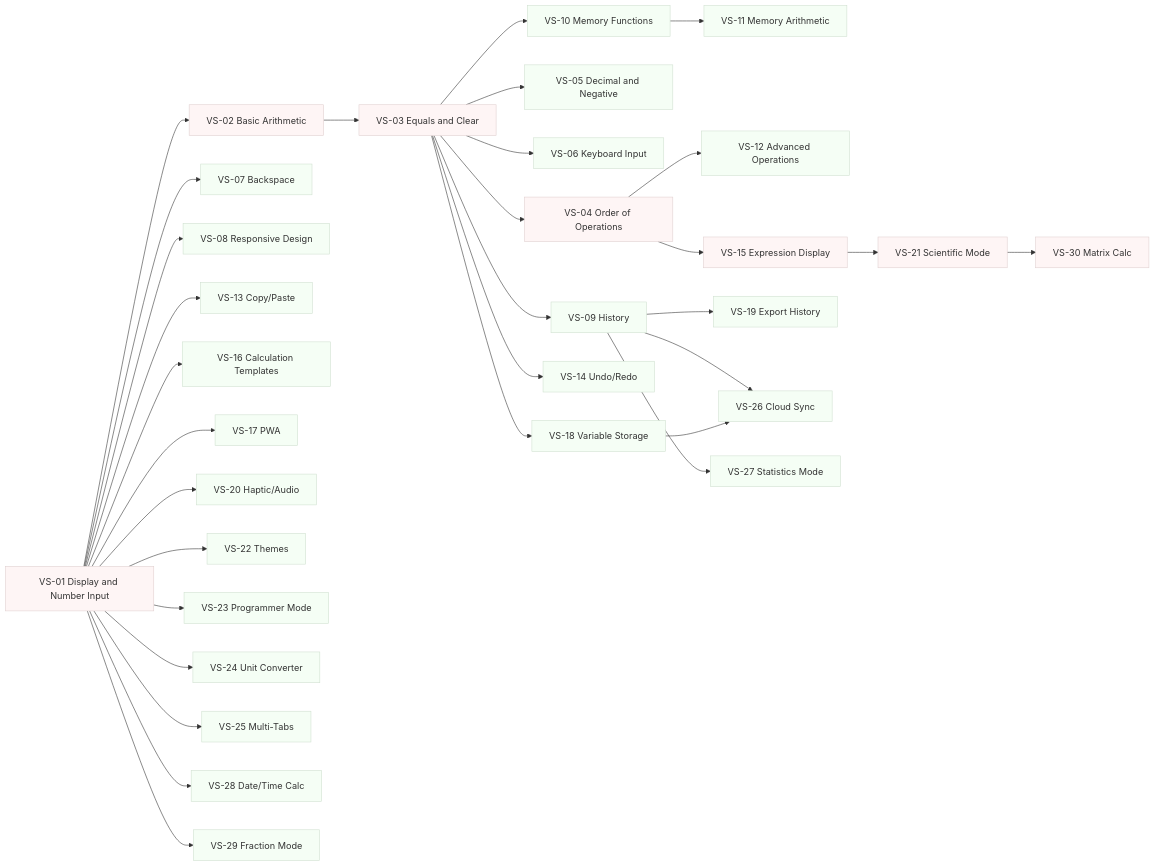
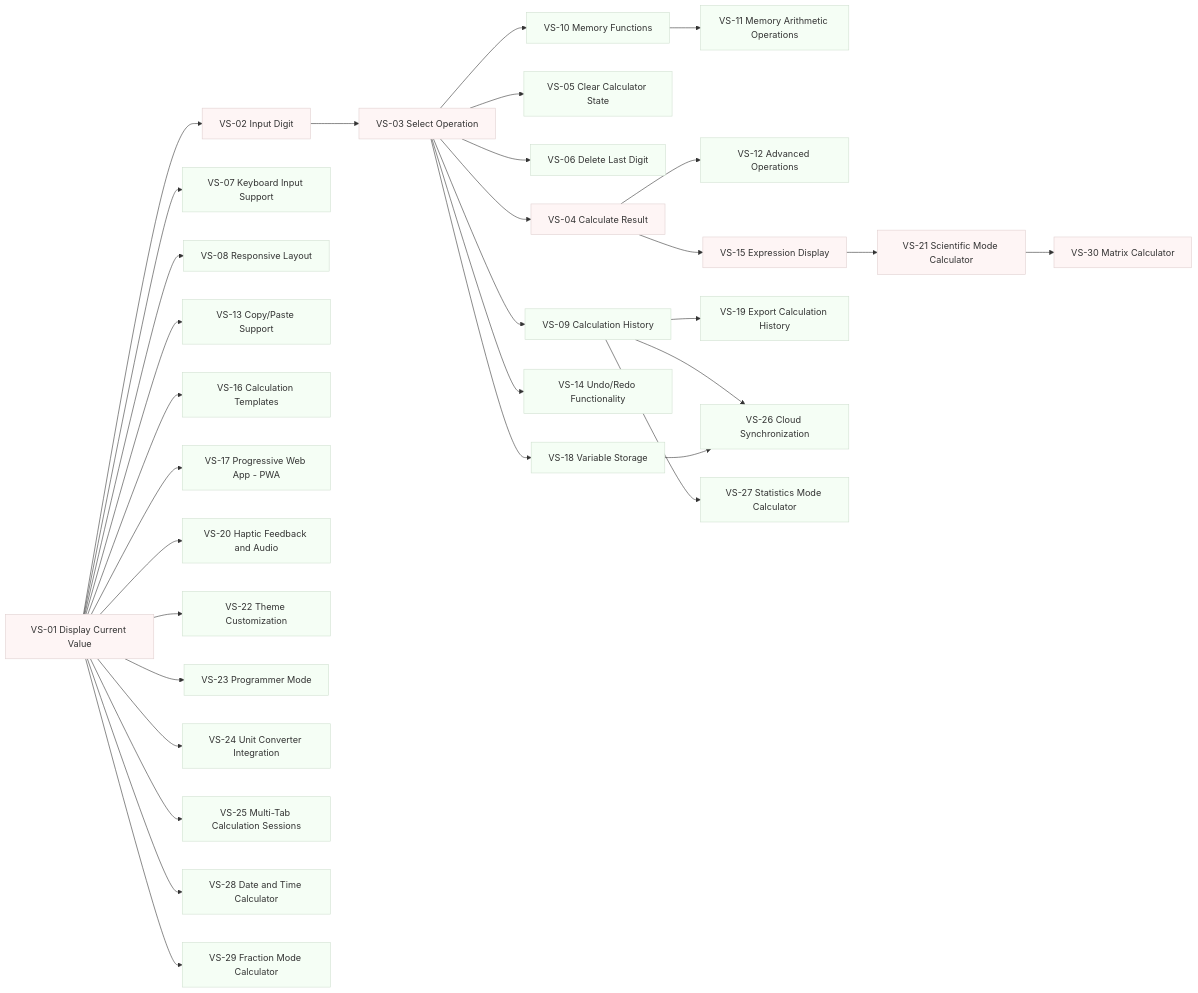
One commit to johnmillerATcodemag-com/AIASD-20260209 changed the second of 2 diagrams in requirements/web-calculator-vertical-slice-plan-enhanced.md. Above: the diagram before and after it, drawn with Mermaid. The commit also changed 3 other files, not shown here.

Commit message:
feat: Add diagrams and enhance documentation for vertical slice implementation

````diff
--- a/requirements/web-calculator-vertical-slice-plan-enhanced.md
+++ b/requirements/web-calculator-vertical-slice-plan-enhanced.md
@@ -1213,35 +1213,35 @@
 ```mermaid
-flowchart LR
-    VS01[VS-01 Display and Number Input]
-    VS02[VS-02 Basic Arithmetic]
-    VS03[VS-03 Equals and Clear]
-    VS04[VS-04 Order of Operations]
-    VS05[VS-05 Decimal and Negative]
-    VS06[VS-06 Keyboard Input]
-    VS07[VS-07 Backspace]
-    VS08[VS-08 Responsive Design]
-    VS09[VS-09 History]
+graph LR
+    VS01[VS-01 Display Current Value]
+    VS02[VS-02 Input Digit]
+    VS03[VS-03 Select Operation]
+    VS04[VS-04 Calculate Result]
+    VS05[VS-05 Clear Calculator State]
+    VS06[VS-06 Delete Last Digit]
+    VS07[VS-07 Keyboard Input Support]
+    VS08[VS-08 Responsive Layout]
+    VS09[VS-09 Calculation History]
     VS10[VS-10 Memory Functions]
-    VS11[VS-11 Memory Arithmetic]
+    VS11[VS-11 Memory Arithmetic Operations]
     VS12[VS-12 Advanced Operations]
-    VS13[VS-13 Copy/Paste]
-    VS14[VS-14 Undo/Redo]
+    VS13[VS-13 Copy/Paste Support]
+    VS14[VS-14 Undo/Redo Functionality]
     VS15[VS-15 Expression Display]
     VS16[VS-16 Calculation Templates]
-    VS17[VS-17 PWA]
+    VS17[VS-17 Progressive Web App - PWA]
     VS18[VS-18 Variable Storage]
-    VS19[VS-19 Export History]
-    VS20[VS-20 Haptic/Audio]
-    VS21[VS-21 Scientific Mode]
-    VS22[VS-22 Themes]
+    VS19[VS-19 Export Calculation History]
+    VS20[VS-20 Haptic Feedback and Audio]
+    VS21[VS-21 Scientific Mode Calculator]
+    VS22[VS-22 Theme Customization]
     VS23[VS-23 Programmer Mode]
-    VS24[VS-24 Unit Converter]
-    VS25[VS-25 Multi-Tabs]
-    VS26[VS-26 Cloud Sync]
-    VS27[VS-27 Statistics Mode]
-    VS28[VS-28 Date/Time Calc]
-    VS29[VS-29 Fraction Mode]
-    VS30[VS-30 Matrix Calc]
+    VS24[VS-24 Unit Converter Integration]
+    VS25[VS-25 Multi-Tab Calculation Sessions]
+    VS26[VS-26 Cloud Synchronization]
+    VS27[VS-27 Statistics Mode Calculator]
+    VS28[VS-28 Date and Time Calculator]
+    VS29[VS-29 Fraction Mode Calculator]
+    VS30[VS-30 Matrix Calculator]
 
     VS01 --> VS02
     VS02 --> VS03
````
